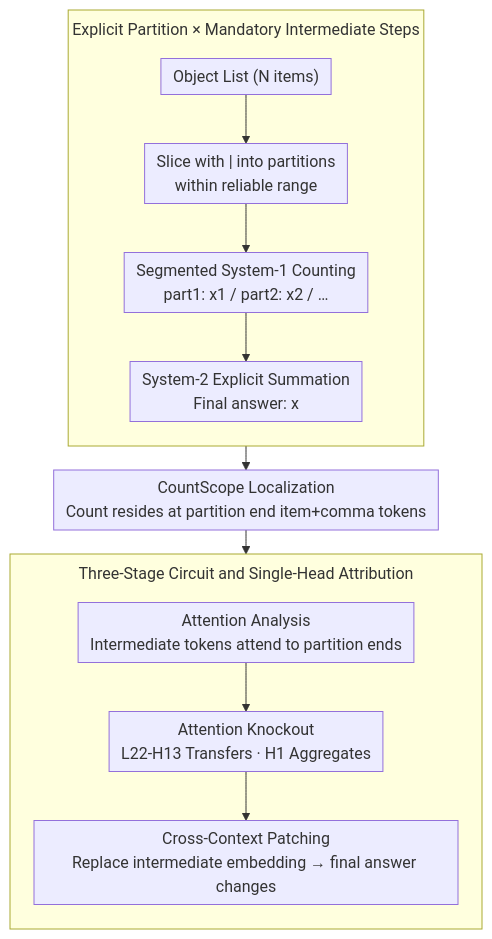
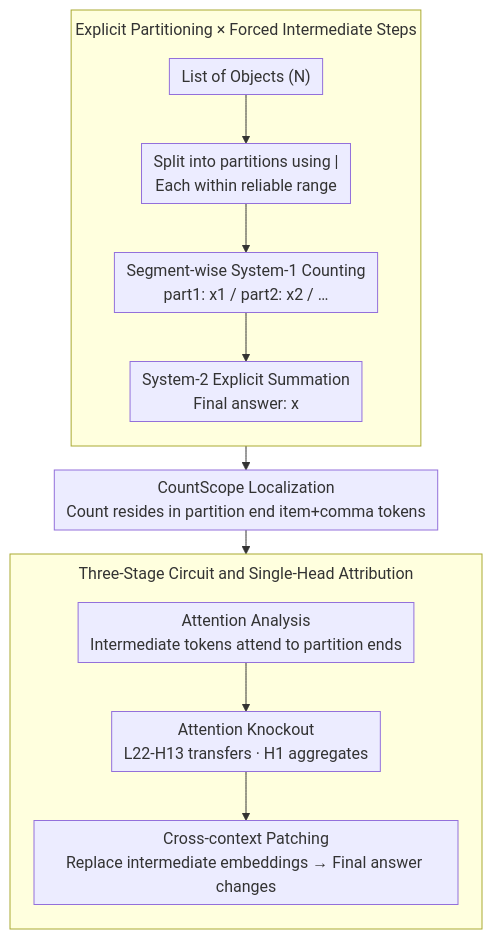
Before and after one commit to zhaoyang97/Paper-Notes-en: the diagram in docs/ACL2026/interpretability/mechanistic_interpretability_of_large-scale_counting_in_llms_through_a_system-2_.md, drawn with Mermaid. The commit also changed other lines of this file and 5084 other files, not shown here.

````diff
--- a/docs/ACL2026/interpretability/mechanistic_interpretability_of_large-scale_counting_in_llms_through_a_system-2_.md
+++ b/docs/ACL2026/interpretability/mechanistic_interpretability_of_large-scale_counting_in_llms_through_a_system-2_.md
@@ -43,17 +43,17 @@
 ```mermaid
 %%{init: {'flowchart': {'rankSpacing': 24, 'nodeSpacing': 28, 'padding': 6, 'wrappingWidth': 400, 'subGraphTitleMargin': {'top': 8, 'bottom': 16}}}}%%
 flowchart TD
-    subgraph S1["Explicit Partition × Mandatory Intermediate Steps"]
+    subgraph S1["Explicit Partitioning × Forced Intermediate Steps"]
         direction TB
-        A["Object List (N items)"] --> B["Slice with | into partitions<br/>within reliable range"]
-        B --> C["Segmented System-1 Counting<br/>part1: x1 / part2: x2 / …"]
+        A["List of Objects (N)"] --> B["Split into partitions using |<br/>Each within reliable range"]
+        B --> C["Segment-wise System-1 Counting<br/>part1: x1 / part2: x2 / …"]
         C --> D["System-2 Explicit Summation<br/>Final answer: x"]
     end
-    D --> E["CountScope Localization<br/>Count resides at partition end item+comma tokens"]
+    D --> E["CountScope Localization<br/>Count resides in partition end item+comma tokens"]
     E --> S2
     subgraph S2["Three-Stage Circuit and Single-Head Attribution"]
         direction TB
-        G["Attention Analysis<br/>Intermediate tokens attend to partition ends"] --> H["Attention Knockout<br/>L22-H13 Transfers · H1 Aggregates"]
-        H --> I["Cross-Context Patching<br/>Replace intermediate embedding → final answer changes"]
+        G["Attention Analysis<br/>Intermediate tokens attend to partition ends"] --> H["Attention Knockout<br/>L22-H13 transfers · H1 aggregates"]
+        H --> I["Cross-context Patching<br/>Replace intermediate embeddings → Final answer changes"]
     end
 ```
````
